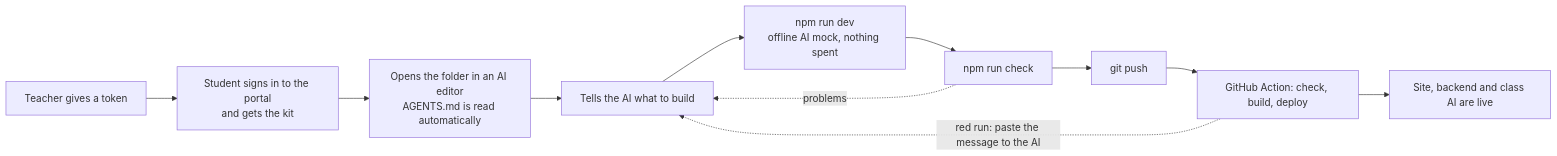
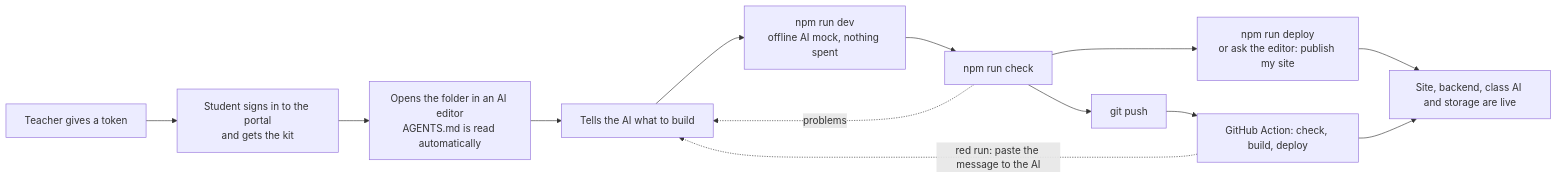
Before and after one commit to abhtft/student-deploy: the first of 2 diagrams in docs/STUDENT_KIT.md, drawn with Mermaid. The commit also changed other lines of this file and 6 other files, not shown here.

Commit message:
docs: technical specification, API reference, end-to-end guide and student kit guide updated for login, MCP server, deploy without GitHub and class storage

````diff
--- a/docs/STUDENT_KIT.md
+++ b/docs/STUDENT_KIT.md
@@ -16,13 +16,15 @@
 ```mermaid
 flowchart LR
   A[Teacher gives a token] --> B[Student signs in to the portal<br/>and gets the kit]
   B --> C[Opens the folder in an AI editor<br/>AGENTS.md is read automatically]
   C --> D[Tells the AI what to build]
   D --> E[npm run dev<br/>offline AI mock, nothing spent]
   E --> F[npm run check]
-  F --> G[git push]
-  G --> H[GitHub Action: check, build, deploy]
-  H --> I[Site, backend and class AI are live]
+  F --> G[npm run deploy<br/>or ask the editor: publish my site]
+  F --> H[git push]
+  H --> J[GitHub Action: check, build, deploy]
+  G --> I[Site, backend, class AI and storage are live]
+  J --> I
   F -. problems .-> D
-  H -. red run: paste the message to the AI .-> D
+  J -. red run: paste the message to the AI .-> D
 ```
````
